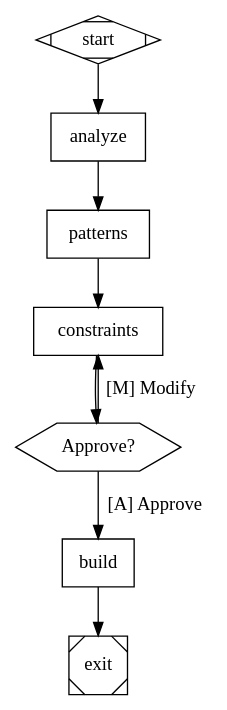
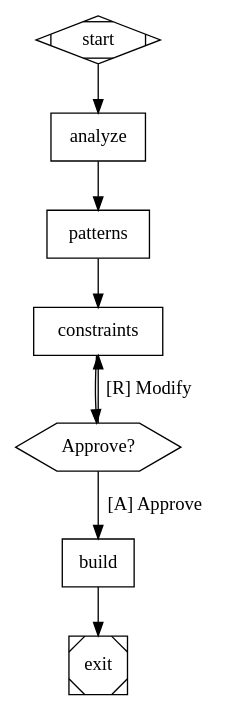
One commit to Pamacea/strike changed the diagram in plugins/ui/skills/ui/SKILL.md. Above: the diagram before and after it, drawn with Graphviz. The commit also changed other lines of this file and 16 other files, not shown here.

````diff
--- a/plugins/ui/skills/ui/SKILL.md
+++ b/plugins/ui/skills/ui/SKILL.md
@@ -455,18 +177,18 @@
 ```dot
 digraph AntiTrendWorkflow {
   graph [goal="Generate unique anti-trend UI"]
 
   start [shape=Mdiamond]
   analyze [shape=box, prompt="Analyze prompt for trends"]
   patterns [shape=box, prompt="Detect anti-patterns"]
   constraints [shape=box, prompt="Select constraints"]
   approve [shape=hexagon, label="Approve?"]
   build [shape=box, prompt="Build UI", goal_gate=true]
   exit [shape=Msquare]
 
   start -> analyze -> patterns -> constraints -> approve
   approve -> build [label="[A] Approve"]
-  approve -> constraints [label="[M] Modify"]
+  approve -> constraints [label="[R] Modify"]
   build -> exit
 }
 ```
````
